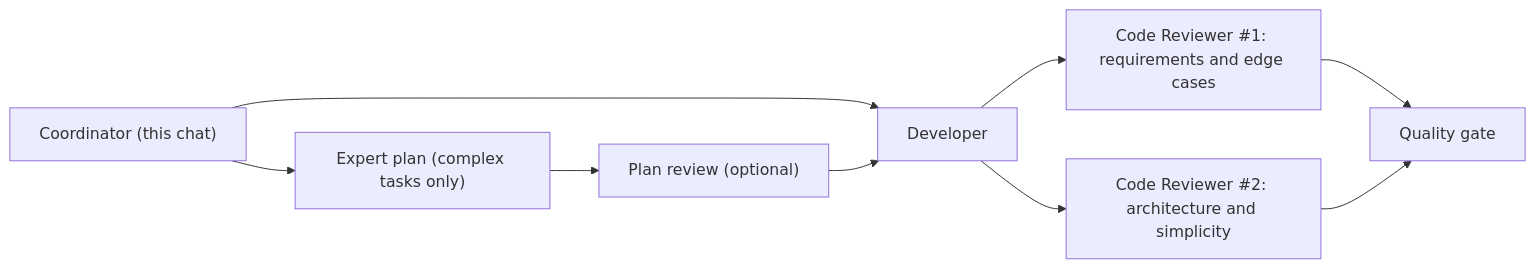
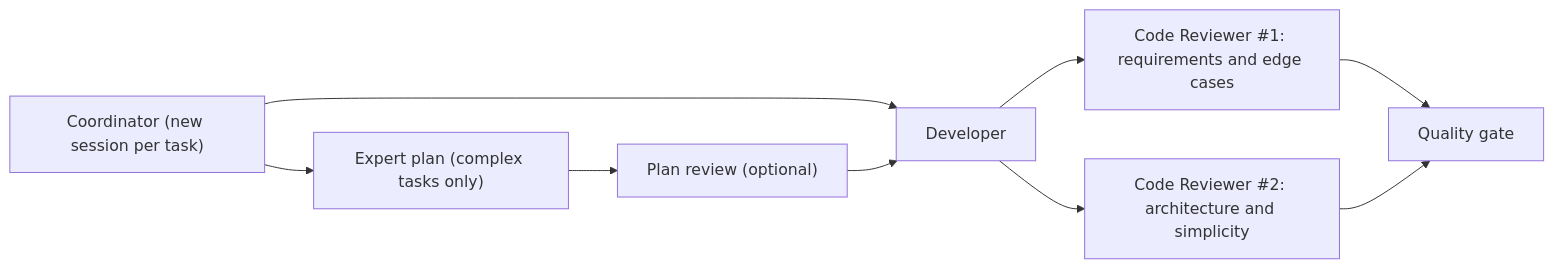
The diagram in README.md (OliverWalker1122/paseo-team), drawn with Mermaid before and after one commit. The commit also changed other lines of this file and 12 other files, not shown here.

First line of the commit message:
Enforce node handoffs with submit tools and turn hooks; one coordinator session per task with launcher task tree

````diff
--- a/README.md
+++ b/README.md
@@ -87,11 +88,11 @@
 ```mermaid
 flowchart LR
-  C["Coordinator (this chat)"] --> E["Expert plan (complex tasks only)"]
+  C["Coordinator (new session per task)"] --> E["Expert plan (complex tasks only)"]
   E --> P["Plan review (optional)"]
   C --> D["Developer"]
   P --> D
   D --> R1["Code Reviewer #1: requirements and edge cases"]
   D --> R2["Code Reviewer #2: architecture and simplicity"]
   R1 --> G["Quality gate"]
   R2 --> G
 ```
````
